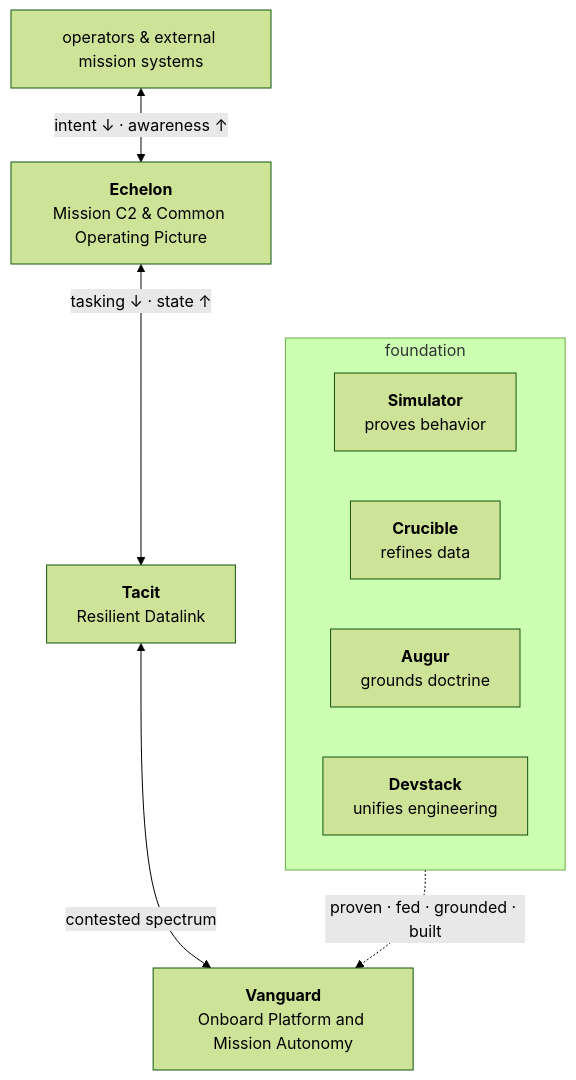
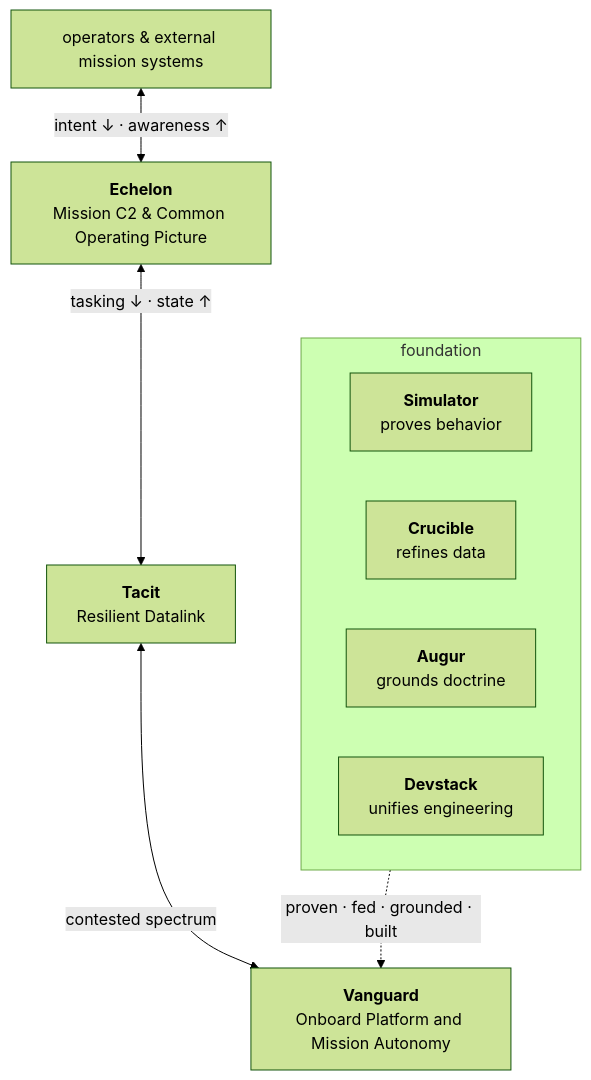
The diagram in profile/README.md (Thyraen-Robotics/.github), drawn with Mermaid (forest theme) before and after one commit.

Commit message:
docs: horizontal foundation row in ecosystem flowchart
Claude-Session: https://claude.ai/code/session_0125Dr23V4axd8EZqhjFABCb

````diff
--- a/profile/README.md
+++ b/profile/README.md
@@ -35,20 +35,22 @@
 ```mermaid
 flowchart TD
     OPS["operators &amp; external mission systems"]
     ECH["<b>Echelon</b><br/>Mission C2 &amp; Common Operating Picture"]
     TAC["<b>Tacit</b><br/>Resilient Datalink"]
     VAN["<b>Vanguard</b><br/>Onboard Platform and Mission Autonomy"]
 
     OPS <-->|"intent ↓ · awareness ↑"| ECH
     ECH <-->|"tasking ↓ · state ↑"| TAC
     TAC <-->|"contested spectrum"| VAN
 
     subgraph FND["foundation"]
+        direction LR
         SIM["<b>Simulator</b><br/>proves behavior"]
         CRU["<b>Crucible</b><br/>refines data"]
         AUG["<b>Augur</b><br/>grounds doctrine"]
         DEV["<b>Devstack</b><br/>unifies engineering"]
     end
 
+    VAN ~~~ FND
     FND -.->|"proven · fed · grounded · built"| VAN
 ```
````
